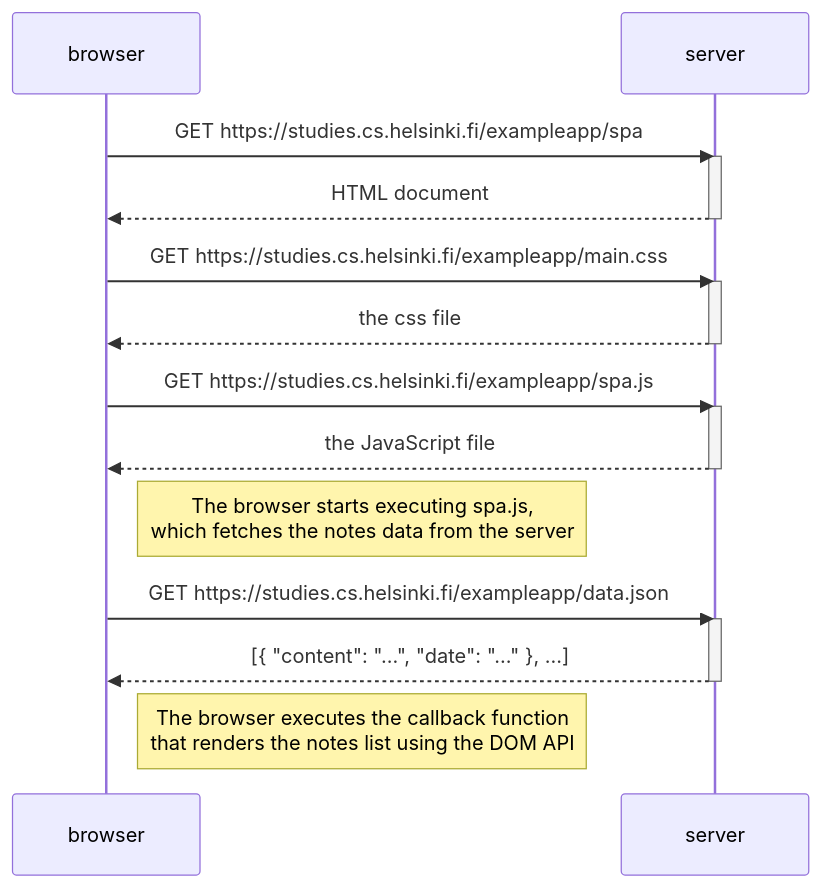
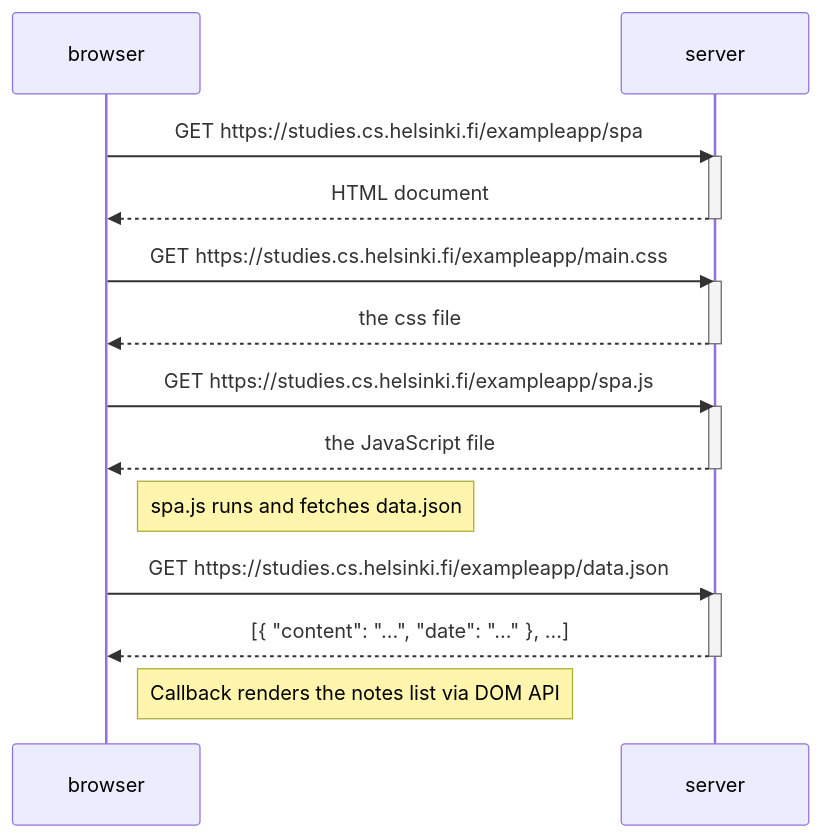
Before and after one commit to HadenHiles/full-stack-open: the diagram in part0/exercise-0.5/spa_sequence.md, drawn with Mermaid. The commit also changed other lines of this file and 2 other files, not shown here.

Commit message:
clean up notes and descriptions

````diff
--- a/part0/exercise-0.5/spa_sequence.md
+++ b/part0/exercise-0.5/spa_sequence.md
@@ -5,29 +5,29 @@
 ```mermaid
 sequenceDiagram
     participant browser
     participant server
 
     browser->>server: GET https://studies.cs.helsinki.fi/exampleapp/spa
     activate server
     server-->>browser: HTML document
     deactivate server
 
     browser->>server: GET https://studies.cs.helsinki.fi/exampleapp/main.css
     activate server
     server-->>browser: the css file
     deactivate server
 
     browser->>server: GET https://studies.cs.helsinki.fi/exampleapp/spa.js
     activate server
     server-->>browser: the JavaScript file
     deactivate server
 
-    Note right of browser: The browser starts executing spa.js,<br/>which fetches the notes data from the server
+    Note right of browser: spa.js runs and fetches data.json
 
     browser->>server: GET https://studies.cs.helsinki.fi/exampleapp/data.json
     activate server
     server-->>browser: [{ "content": "...", "date": "..." }, ...]
     deactivate server
 
-    Note right of browser: The browser executes the callback function<br/>that renders the notes list using the DOM API
+    Note right of browser: Callback renders the notes list via DOM API
 ```
````
